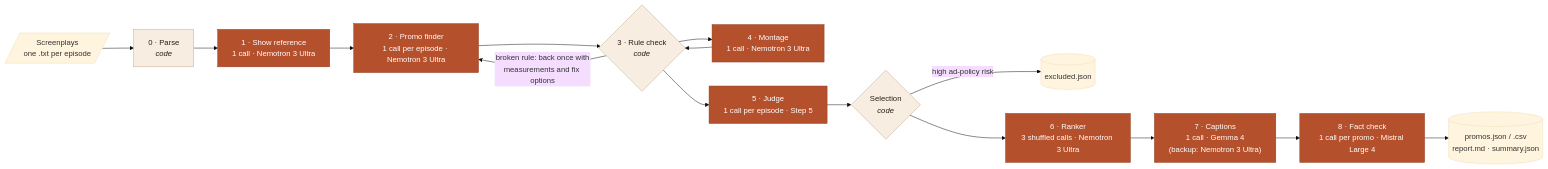
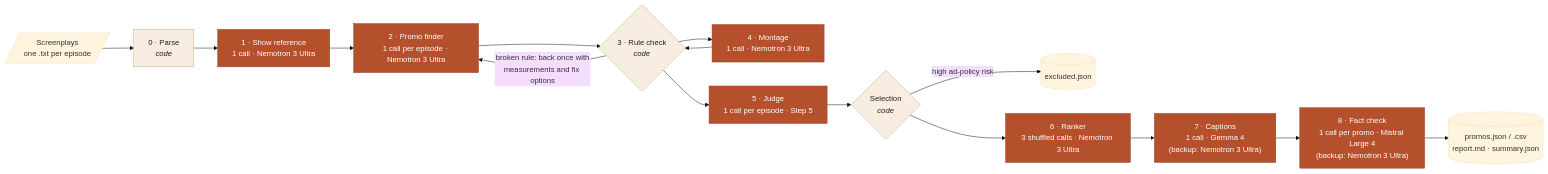
One commit to sh-yamm/Thumbstop-Engine changed the first of 6 diagrams in README.md. Above: the diagram before and after it, drawn with Mermaid (base theme). The commit also changed other lines of this file and 3 other files, not shown here.

Commit message:
Fact check falls back to Nemotron when Mistral is down; the model check explains every backup

````diff
--- a/README.md
+++ b/README.md
@@ -154,21 +154,21 @@
 ```mermaid
 flowchart LR
   S[/"Screenplays<br/>one .txt per episode"/] --> P["0 · Parse<br/><i>code</i>"]
   P --> R["1 · Show reference<br/>1 call · Nemotron 3 Ultra"]
   R --> F["2 · Promo finder<br/>1 call per episode · Nemotron 3 Ultra"]
   F --> C{"3 · Rule check<br/><i>code</i>"}
   C -- "broken rule: back once with<br/>measurements and fix options" --> F
   C --> M["4 · Montage<br/>1 call · Nemotron 3 Ultra"]
   M --> C
   C --> J["5 · Judge<br/>1 call per episode · Step 5"]
   J --> K{"Selection<br/><i>code</i>"}
   K -- "high ad-policy risk" --> X[("excluded.json")]
   K --> RK["6 · Ranker<br/>3 shuffled calls · Nemotron 3 Ultra"]
   RK --> CP["7 · Captions<br/>1 call · Gemma 4<br/>(backup: Nemotron 3 Ultra)"]
-  CP --> FC["8 · Fact check<br/>1 call per promo · Mistral Large 4"]
+  CP --> FC["8 · Fact check<br/>1 call per promo · Mistral Large 4<br/>(backup: Nemotron 3 Ultra)"]
   FC --> O[("promos.json / .csv<br/>report.md · summary.json")]
   classDef ai fill:#b5502c,color:#fff,stroke:#8f3c1f;
   classDef code fill:#f7ede1,color:#2e1f17,stroke:#c9a88c;
   class R,F,M,J,RK,CP,FC ai;
   class P,C,K code;
 ```
````
